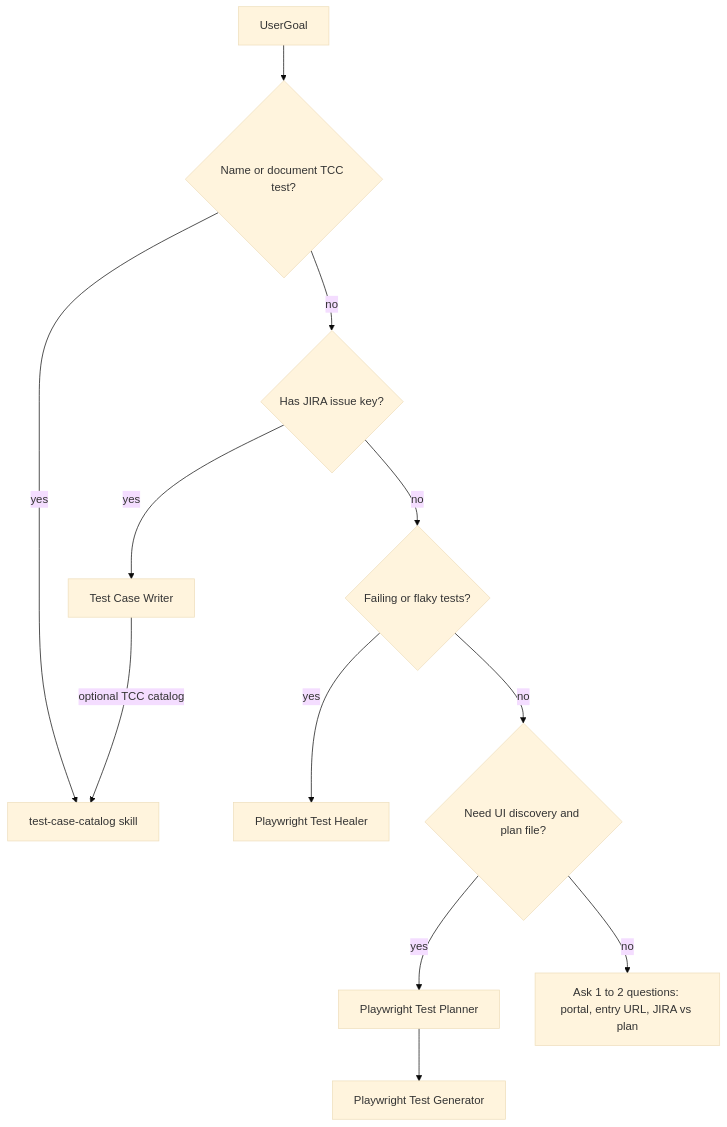
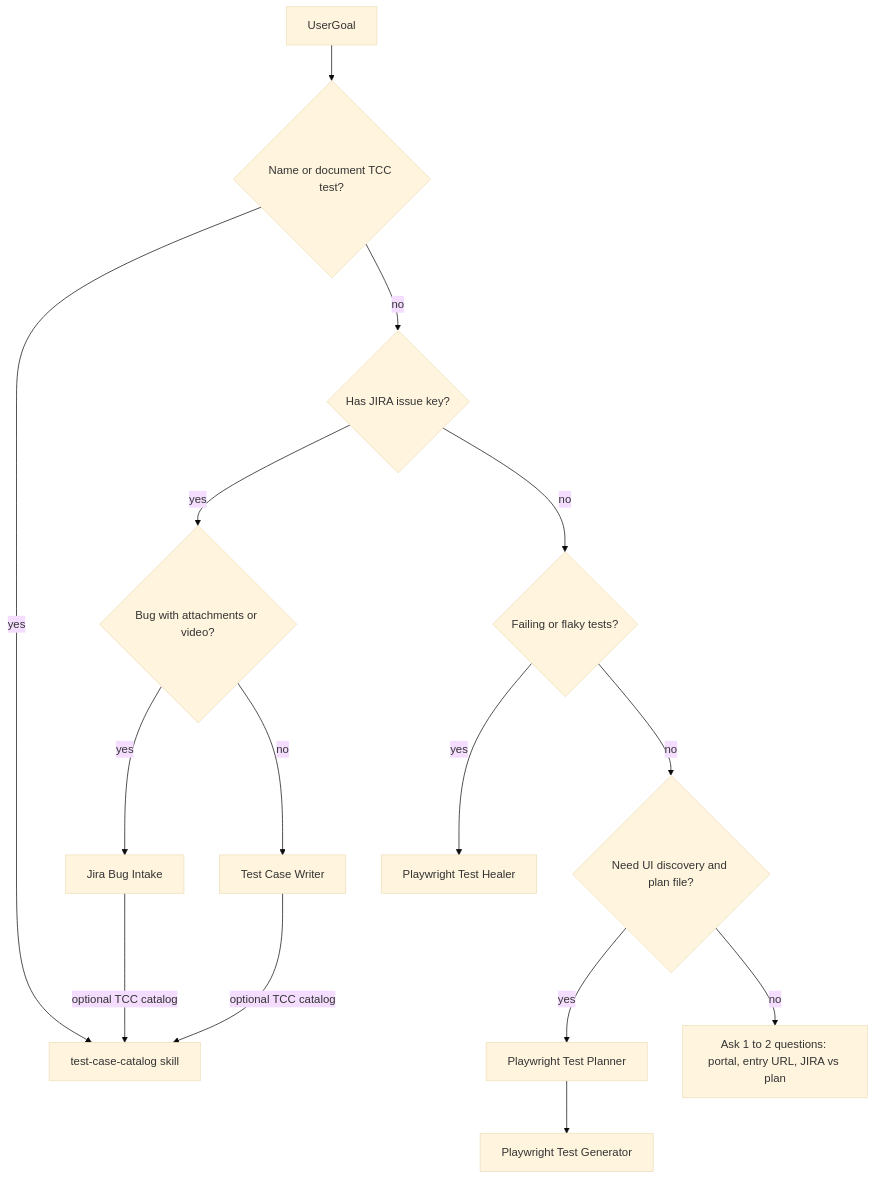
Before and after one commit to AurionproSolution/UDCTestAutomationETE: the diagram in .cursor/agents/test-automation-architect.md, drawn with Mermaid (base theme). The commit also changed other lines of this file and 18 other files, not shown here.

````diff
--- a/.cursor/agents/test-automation-architect.md
+++ b/.cursor/agents/test-automation-architect.md
@@ -74,24 +75,29 @@
 ```mermaid
 flowchart TD
   start[UserGoal]
   catalog{Name or document TCC test?}
   jira{Has JIRA issue key?}
+  bugMedia{Bug with attachments or video?}
   fail{Failing or flaky tests?}
   explore{Need UI discovery and plan file?}
+  intake[Jira Bug Intake]
   tcw[Test Case Writer]
   heal[Playwright Test Healer]
   plan[Playwright Test Planner]
   gen[Playwright Test Generator]
   tccSkill[test-case-catalog skill]
   start --> catalog
   catalog -->|yes| tccSkill
   catalog -->|no| jira
-  jira -->|yes| tcw
+  jira -->|yes| bugMedia
+  bugMedia -->|yes| intake
+  bugMedia -->|no| tcw
   jira -->|no| fail
   fail -->|yes| heal
   fail -->|no| explore
   explore -->|yes| plan
   explore -->|no| ask[Ask 1 to 2 questions: portal, entry URL, JIRA vs plan]
   plan --> gen
+  intake -->|optional TCC catalog| tccSkill
   tcw -->|optional TCC catalog| tccSkill
 ```
````
